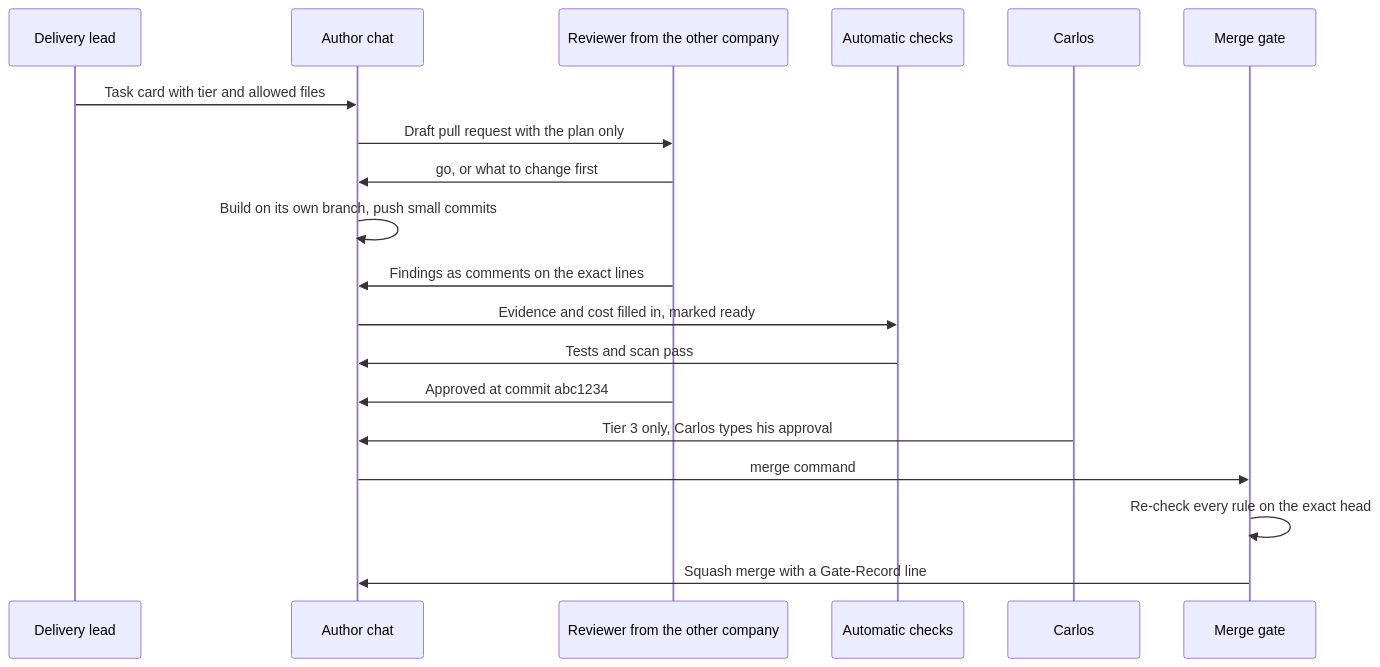
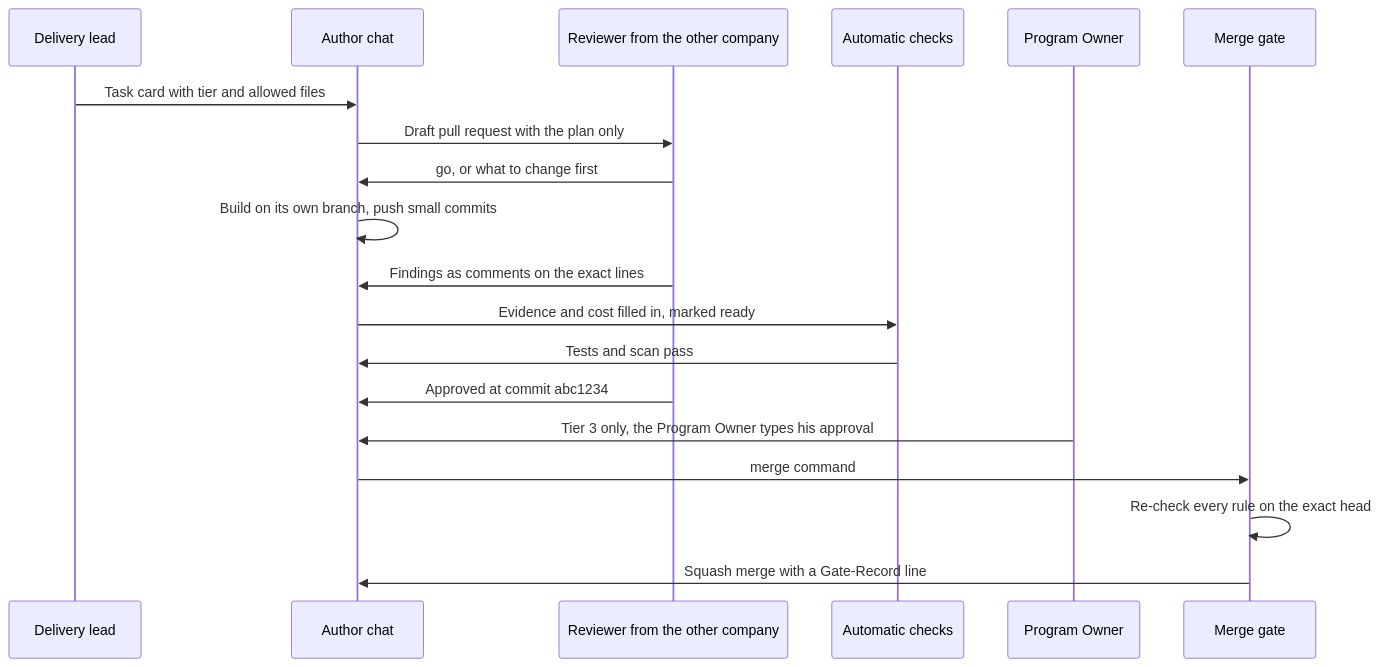
The first of 3 diagrams in docs/how-it-works/08-how-a-change-gets-in.md (CarlitosRed/advance-po-reader), drawn with Mermaid before and after one commit. The commit also changed other lines of this file and 10 other files, not shown here.

````diff
--- a/docs/how-it-works/08-how-a-change-gets-in.md
+++ b/docs/how-it-works/08-how-a-change-gets-in.md
@@ -20,21 +20,21 @@
 ```mermaid
 sequenceDiagram
   participant PM as Delivery lead
   participant A as Author chat
   participant R as Reviewer from the other company
   participant CI as Automatic checks
-  participant C as Carlos
+  participant C as Program Owner
   participant G as Merge gate
   PM->>A: Task card with tier and allowed files
   A->>R: Draft pull request with the plan only
   R->>A: go, or what to change first
   A->>A: Build on its own branch, push small commits
   R->>A: Findings as comments on the exact lines
   A->>CI: Evidence and cost filled in, marked ready
   CI->>A: Tests and scan pass
   R->>A: Approved at commit abc1234
-  C->>A: Tier 3 only, Carlos types his approval
+  C->>A: Tier 3 only, the Program Owner types his approval
   A->>G: merge command
   G->>G: Re-check every rule on the exact head
   G->>A: Squash merge with a Gate-Record line
 ```
````
